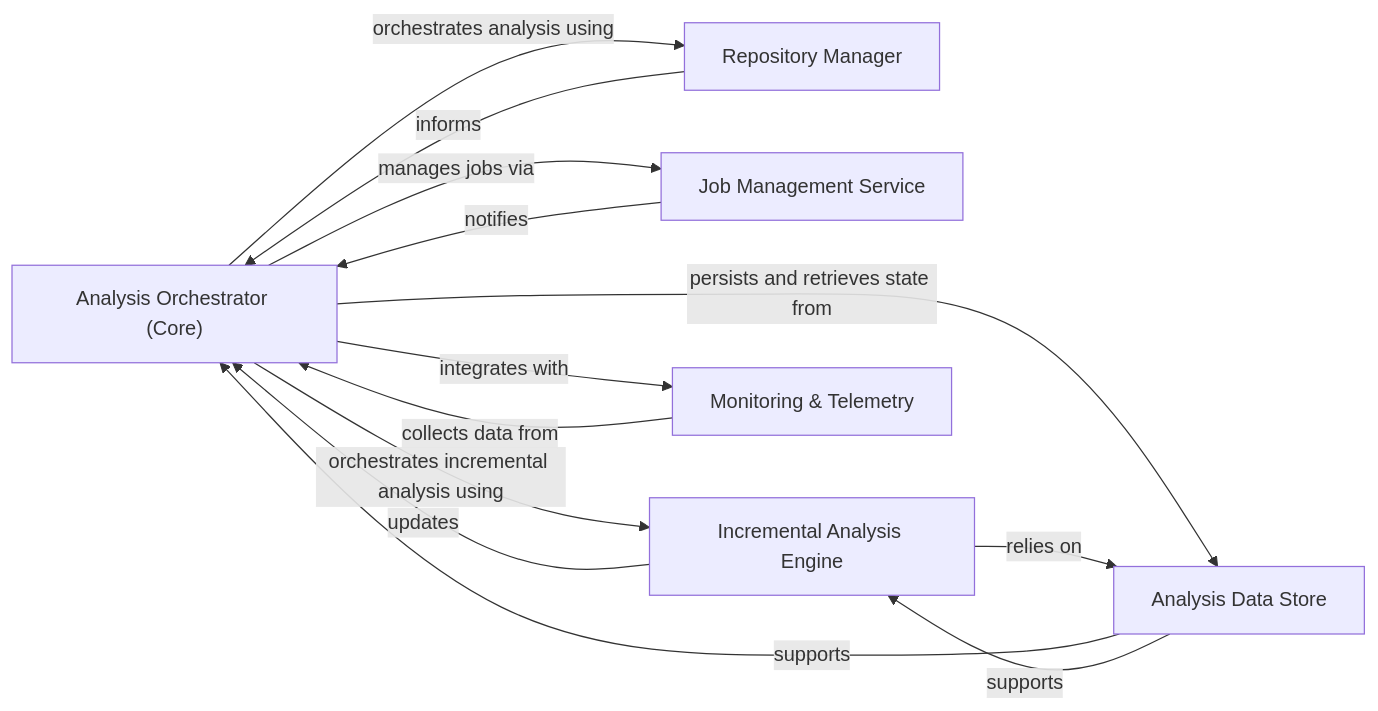
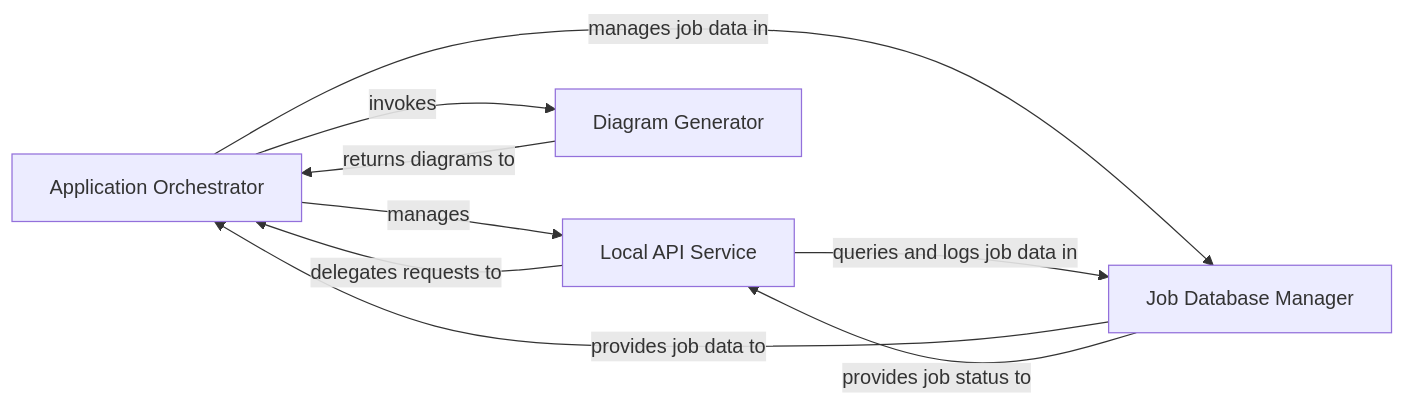
Before and after one commit to CodeBoarding/CodeBoarding: the third of 9 diagrams in docs/development/architecture.md, drawn with Mermaid. The commit also changed other lines of this file and 18 other files, not shown here.

First line of the commit message:
docs: update codeboarding documentation and generate architecture

````diff
--- a/docs/development/architecture.md
+++ b/docs/development/architecture.md
@@ -125,21 +185,15 @@
 ```mermaid
 graph LR
-    Analysis_Orchestrator_Core_["Analysis Orchestrator (Core)"]
-    Repository_Manager["Repository Manager"]
-    Job_Management_Service["Job Management Service"]
-    Incremental_Analysis_Engine["Incremental Analysis Engine"]
-    Analysis_Data_Store["Analysis Data Store"]
-    Monitoring_Telemetry["Monitoring & Telemetry"]
-    Analysis_Orchestrator_Core_ -- "orchestrates analysis using" --> Repository_Manager
-    Repository_Manager -- "informs" --> Analysis_Orchestrator_Core_
-    Analysis_Orchestrator_Core_ -- "orchestrates incremental analysis using" --> Incremental_Analysis_Engine
-    Incremental_Analysis_Engine -- "updates" --> Analysis_Orchestrator_Core_
-    Analysis_Orchestrator_Core_ -- "manages jobs via" --> Job_Management_Service
-    Job_Management_Service -- "notifies" --> Analysis_Orchestrator_Core_
-    Analysis_Orchestrator_Core_ -- "integrates with" --> Monitoring_Telemetry
-    Monitoring_Telemetry -- "collects data from" --> Analysis_Orchestrator_Core_
-    Analysis_Orchestrator_Core_ -- "persists and retrieves state from" --> Analysis_Data_Store
-    Analysis_Data_Store -- "supports" --> Analysis_Orchestrator_Core_
-    Incremental_Analysis_Engine -- "relies on" --> Analysis_Data_Store
-    Analysis_Data_Store -- "supports" --> Incremental_Analysis_Engine
+    Application_Orchestrator["Application Orchestrator"]
+    Local_API_Service["Local API Service"]
+    Diagram_Generator["Diagram Generator"]
+    Job_Database_Manager["Job Database Manager"]
+    Application_Orchestrator -- "manages" --> Local_API_Service
+    Local_API_Service -- "delegates requests to" --> Application_Orchestrator
+    Application_Orchestrator -- "invokes" --> Diagram_Generator
+    Diagram_Generator -- "returns diagrams to" --> Application_Orchestrator
+    Application_Orchestrator -- "manages job data in" --> Job_Database_Manager
+    Job_Database_Manager -- "provides job data to" --> Application_Orchestrator
+    Local_API_Service -- "queries and logs job data in" --> Job_Database_Manager
+    Job_Database_Manager -- "provides job status to" --> Local_API_Service
 ```
````
